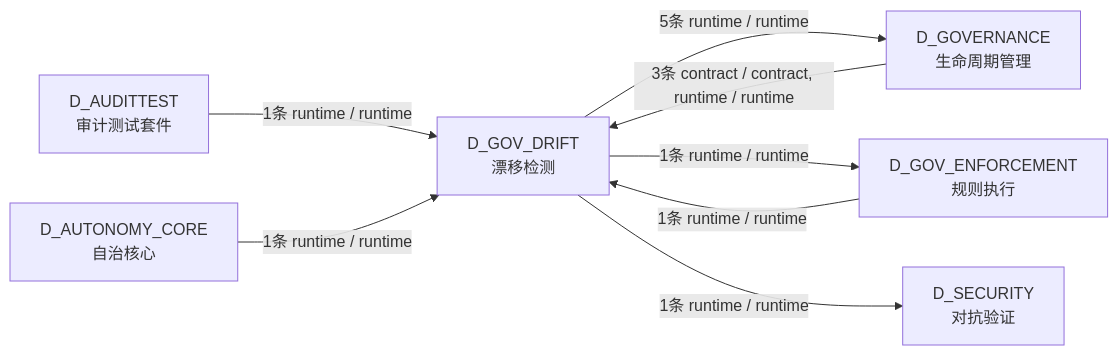
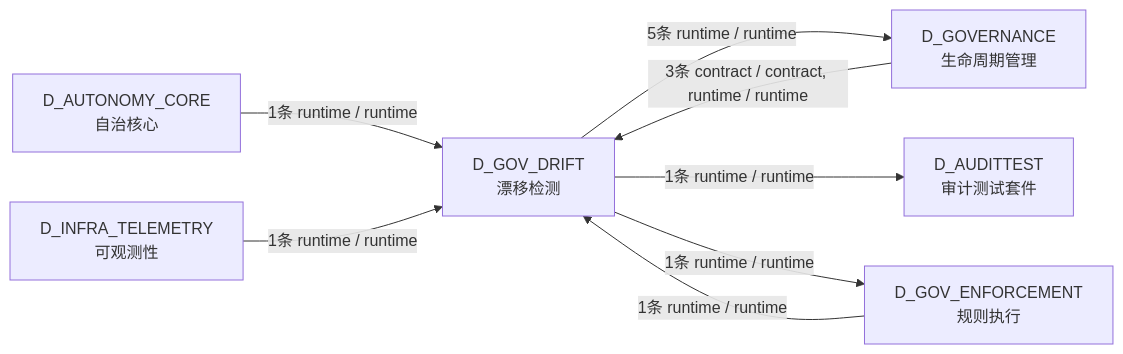
One commit to xuanFelixVan/ZephyrAlpha changed the third of 3 diagrams in docs/02_enterprise_architecture/02_domain_architecture_docs/34_d_gov_drift.md. Above: the diagram before and after it, drawn with Mermaid. The commit also changed other lines of this file and 100 other files, not shown here.

````diff
--- a/docs/02_enterprise_architecture/02_domain_architecture_docs/34_d_gov_drift.md
+++ b/docs/02_enterprise_architecture/02_domain_architecture_docs/34_d_gov_drift.md
@@ -173,16 +173,16 @@
 ```mermaid
 graph LR
     D_GOV_DRIFT["D_GOV_DRIFT<br/>漂移检测"]
     D_GOVERNANCE["D_GOVERNANCE<br/>生命周期管理"]
+    D_AUDITTEST["D_AUDITTEST<br/>审计测试套件"]
     D_GOV_ENFORCEMENT["D_GOV_ENFORCEMENT<br/>规则执行"]
-    D_SECURITY["D_SECURITY<br/>对抗验证"]
-    D_AUDITTEST["D_AUDITTEST<br/>审计测试套件"]
     D_AUTONOMY_CORE["D_AUTONOMY_CORE<br/>自治核心"]
+    D_INFRA_TELEMETRY["D_INFRA_TELEMETRY<br/>可观测性"]
     D_GOV_DRIFT -->|5条 runtime / runtime| D_GOVERNANCE
+    D_GOV_DRIFT -->|1条 runtime / runtime| D_AUDITTEST
     D_GOV_DRIFT -->|1条 runtime / runtime| D_GOV_ENFORCEMENT
-    D_GOV_DRIFT -->|1条 runtime / runtime| D_SECURITY
     D_GOVERNANCE -->|3条 contract / contract, runtime / runtime| D_GOV_DRIFT
-    D_AUDITTEST -->|1条 runtime / runtime| D_GOV_DRIFT
     D_AUTONOMY_CORE -->|1条 runtime / runtime| D_GOV_DRIFT
     D_GOV_ENFORCEMENT -->|1条 runtime / runtime| D_GOV_DRIFT
+    D_INFRA_TELEMETRY -->|1条 runtime / runtime| D_GOV_DRIFT
 ```
````
